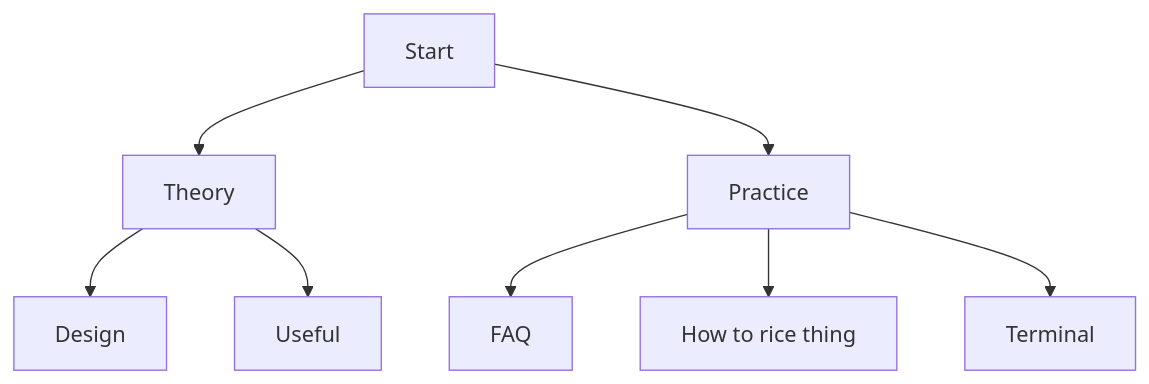
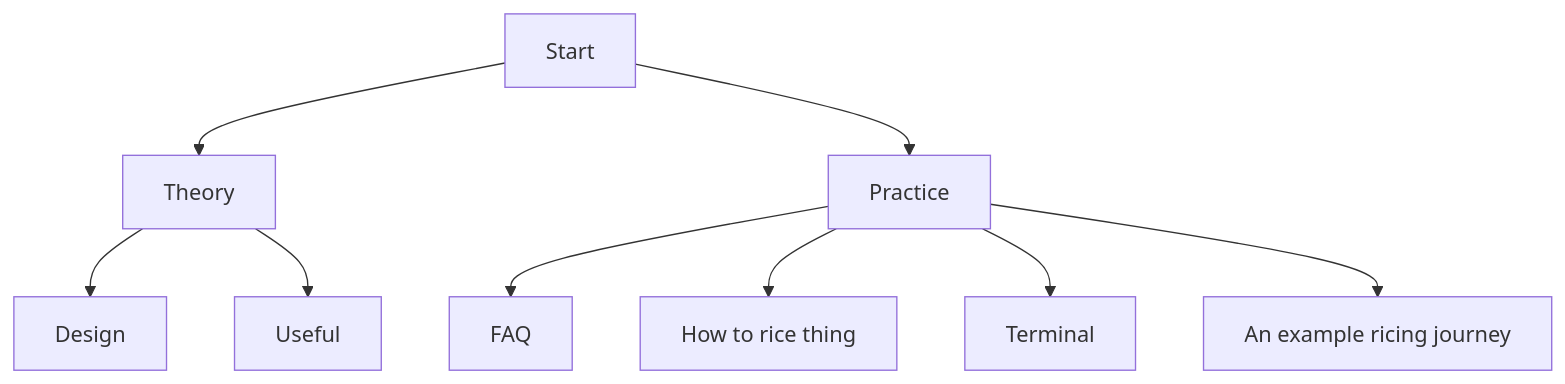
One commit to undefinedDarkness/ricing-guide changed the diagram in src/index.md. Above: the diagram before and after it, drawn with Mermaid. The commit also changed 2 other files, not shown here.

Commit message:
expose where-to-start.md

````diff
--- a/src/index.md
+++ b/src/index.md
@@ -3,16 +3,18 @@
 ```mermaid
 graph TD
     A[Start]
     A --> B[Theory]
     A --> C[Practice]
     B --> D[Design]
     B --> E[Useful]
     C --> F[FAQ]
     C --> G[How to rice thing]
     C --> H[Terminal]
+    C --> I[An example ricing journey]
     click D "./out/design.html"
     click E "./out/useful.html"
     click F "./out/faq.html"
     click G "./out/how-to-rice-thing.html"
     click H "./out/terminal.html"
+    click I "./out/where-to-start.html"
 ```
````
